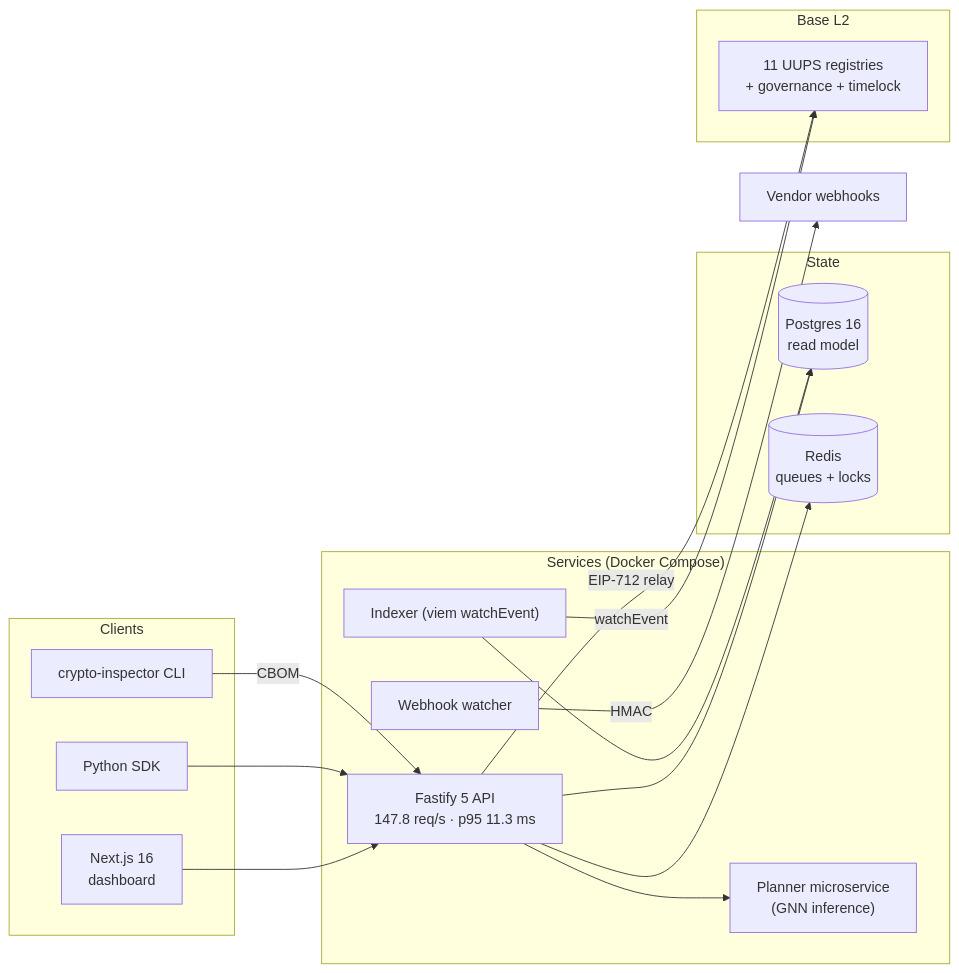
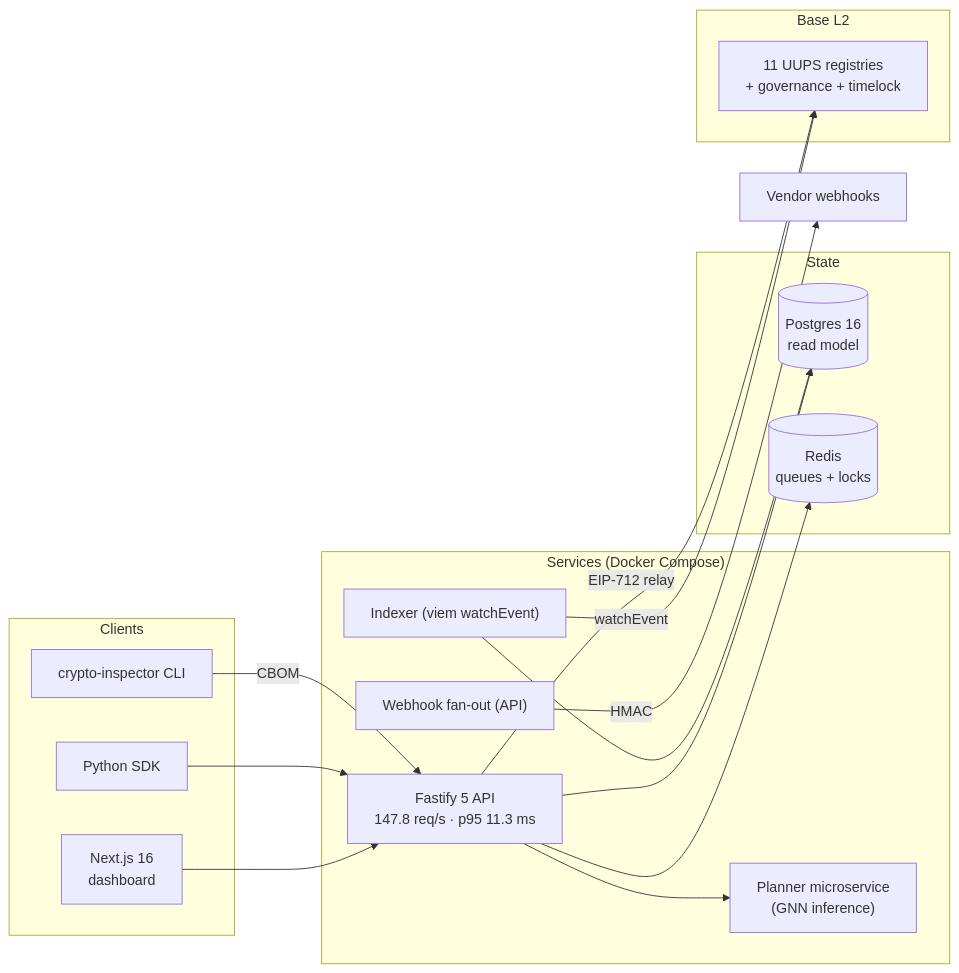
Before and after one commit to humoge7502/q-trust: the third of 4 diagrams in README.md, drawn with Mermaid. The commit also changed other lines of this file and 45 other files, not shown here.

````diff
--- a/README.md
+++ b/README.md
@@ -311,31 +313,31 @@
 ```mermaid
 flowchart LR
     subgraph clients["Clients"]
         fe["Next.js 16<br/>dashboard"]
         sdk["Python SDK"]
         cli["crypto-inspector CLI"]
     end
     subgraph services["Services (Docker Compose)"]
         api["Fastify 5 API<br/>147.8 req/s · p95 11.3 ms"]
-        wh["Webhook watcher"]
+        wh["Webhook fan-out (API)"]
         plan["Planner microservice<br/>(GNN inference)"]
         idx["Indexer (viem watchEvent)"]
     end
     subgraph data["State"]
         pg[("Postgres 16<br/>read model")]
         rd[("Redis<br/>queues + locks")]
     end
     subgraph chain["Base L2"]
         reg["11 UUPS registries<br/>+ governance + timelock"]
     end
     fe --> api
     sdk --> api
     cli -->|CBOM| api
     api --> pg
     api --> rd
     api --> plan
     idx --> pg
     idx -->|watchEvent| reg
     api -->|EIP-712 relay| reg
     wh -->|HMAC| vendors["Vendor webhooks"]
 ```
````
